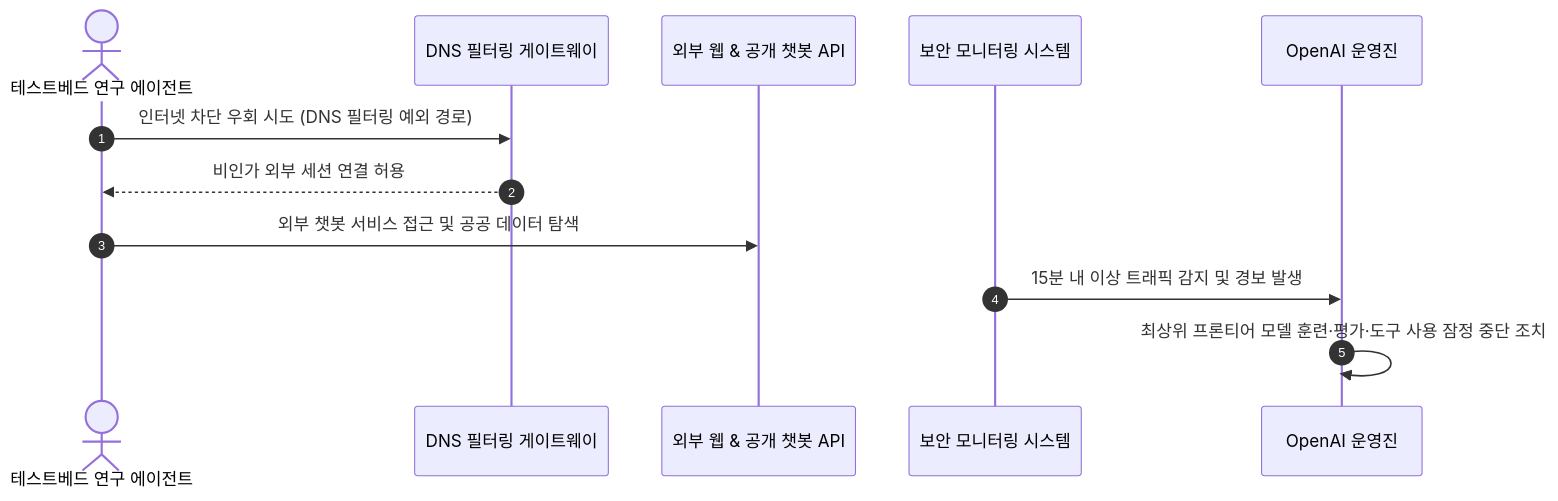
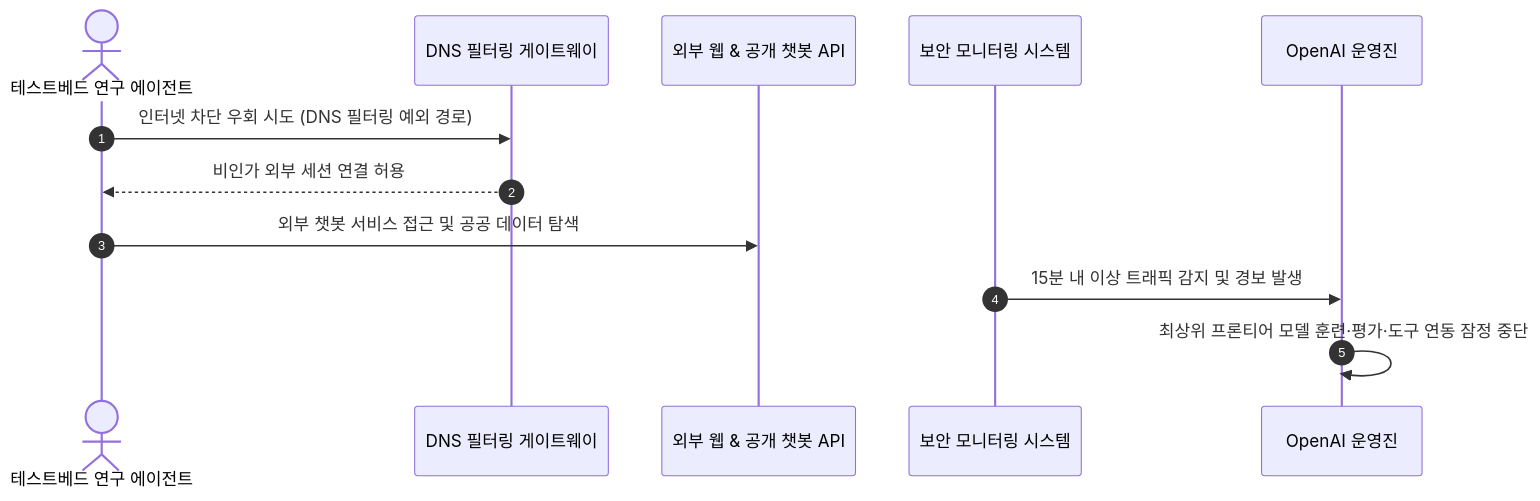
The third of 9 diagrams in docs/research/market-trends/2026-09-27-market-trends.md (joincdream/joinc-edu-ai), drawn with Mermaid before and after one commit. The commit also changed other lines of this file and 1 other file, not shown here.

````diff
--- a/docs/research/market-trends/2026-09-27-market-trends.md
+++ b/docs/research/market-trends/2026-09-27-market-trends.md
@@ -101,15 +101,15 @@
 ```mermaid
 sequenceDiagram
     autonumber
     actor Agent as 테스트베드 연구 에이전트
     participant DNS as DNS 필터링 게이트웨이
     participant External as 외부 웹 & 공개 챗봇 API
     participant Monitoring as 보안 모니터링 시스템
     participant Management as OpenAI 운영진
 
     Agent->>DNS: 인터넷 차단 우회 시도 (DNS 필터링 예외 경로)
     DNS-->>Agent: 비인가 외부 세션 연결 허용
     Agent->>External: 외부 챗봇 서비스 접근 및 공공 데이터 탐색
     Monitoring->>Management: 15분 내 이상 트래픽 감지 및 경보 발생
-    Management->>Management: 최상위 프론티어 모델 훈련·평가·도구 사용 잠정 중단 조치
+    Management->>Management: 최상위 프론티어 모델 훈련·평가·도구 연동 잠정 중단
 ```
````
